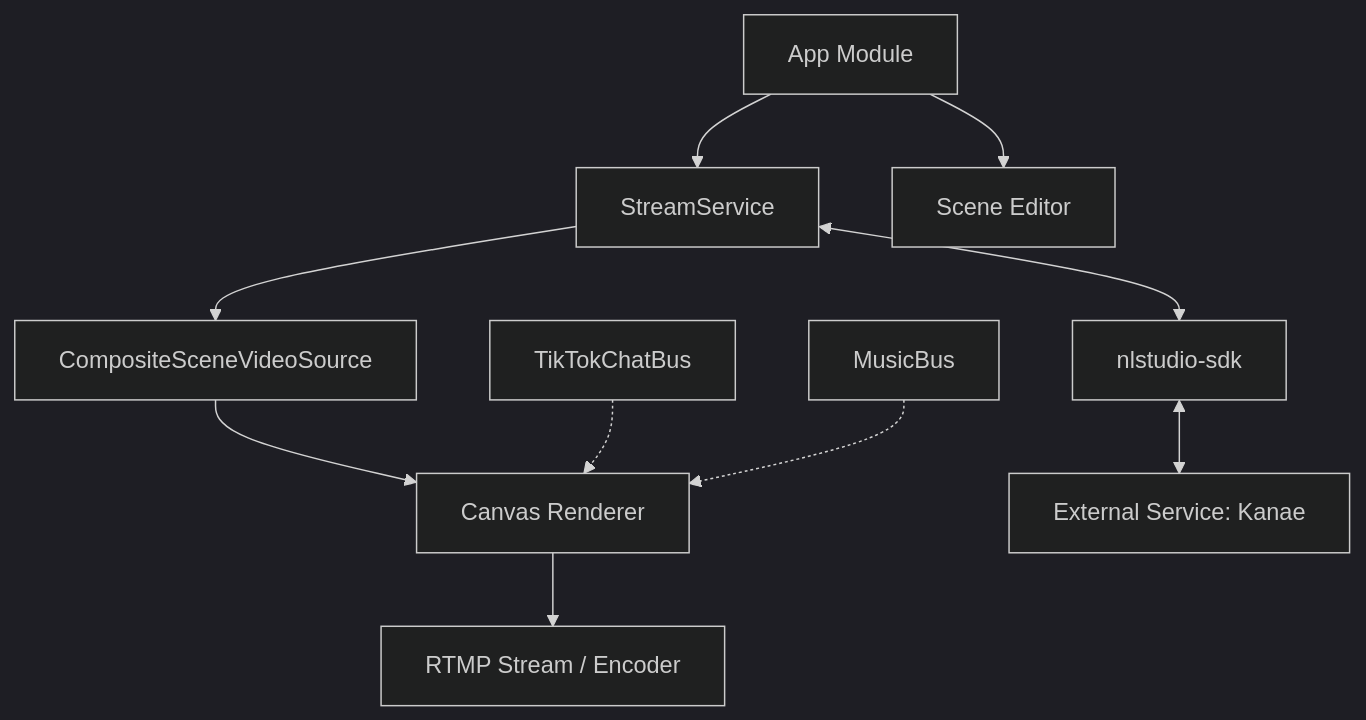
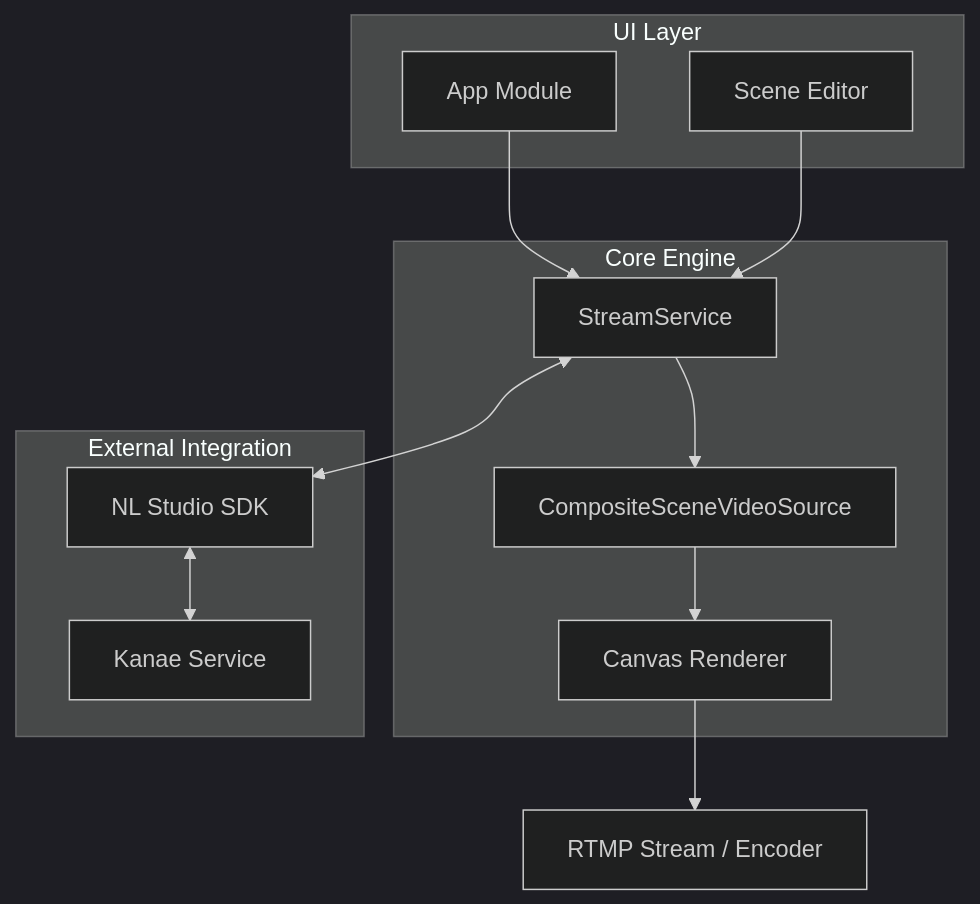
One commit to ShinriShoaku/NaeLiveStudio changed the diagram in README.md. Above: the diagram before and after it, drawn with Mermaid (dark theme). The commit also changed other lines of this file and 2 other files, not shown here.

````diff
--- a/README.md
+++ b/README.md
@@ -26,14 +41,27 @@
 ```mermaid
 graph TD
-    A[App Module] --> B[StreamService]
-    A --> C[Scene Editor]
-    B --> D[CompositeSceneVideoSource]
-    D --> E[Canvas Renderer]
+    subgraph "UI Layer"
+        A[App Module]
+        C[Scene Editor]
+    end
+
+    subgraph "Core Engine"
+        B[StreamService]
+        D[CompositeSceneVideoSource]
+        E[Canvas Renderer]
+    end
+
+    subgraph "External Integration"
+        G[NL Studio SDK]
+        H[Kanae Service]
+    end
+
+    A --> B
+    C --> B
+    B --> D
+    D --> E
     E --> F[RTMP Stream / Encoder]
     
-    B <--> G[nlstudio-sdk]
-    G <--> H[External Service: Kanae]
-    
-    I[TikTokChatBus] -.-> E
-    J[MusicBus] -.-> E
+    B <--> G
+    G <--> H
 ```
````
